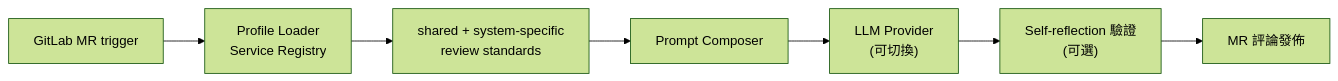
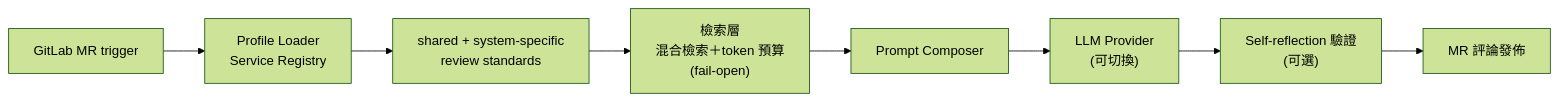
One commit to twjohnwu/twjohnwu.github.io changed the diagram in src/content/cases/ai-code-review.zh-TW.mdx. Above: the diagram before and after it, drawn with Mermaid (forest theme). The commit also changed other lines of this file and 3 other files, not shown here.

````diff
--- a/src/content/cases/ai-code-review.zh-TW.mdx
+++ b/src/content/cases/ai-code-review.zh-TW.mdx
@@ -20,9 +20,10 @@
 ```mermaid
 flowchart LR
   MR[GitLab MR trigger] --> Loader["Profile Loader<br/>Service Registry"]
   Loader --> Standards["shared + system-specific<br/>review standards"]
-  Standards --> Composer[Prompt Composer]
+  Standards --> Retrieval["檢索層<br/>混合檢索＋token 預算<br/>(fail-open)"]
+  Retrieval --> Composer[Prompt Composer]
   Composer --> AI["LLM Provider<br/>(可切換)"]
   AI --> Reflect["Self-reflection 驗證<br/>(可選)"]
   Reflect --> Comment[MR 評論發佈]
 ```
````
